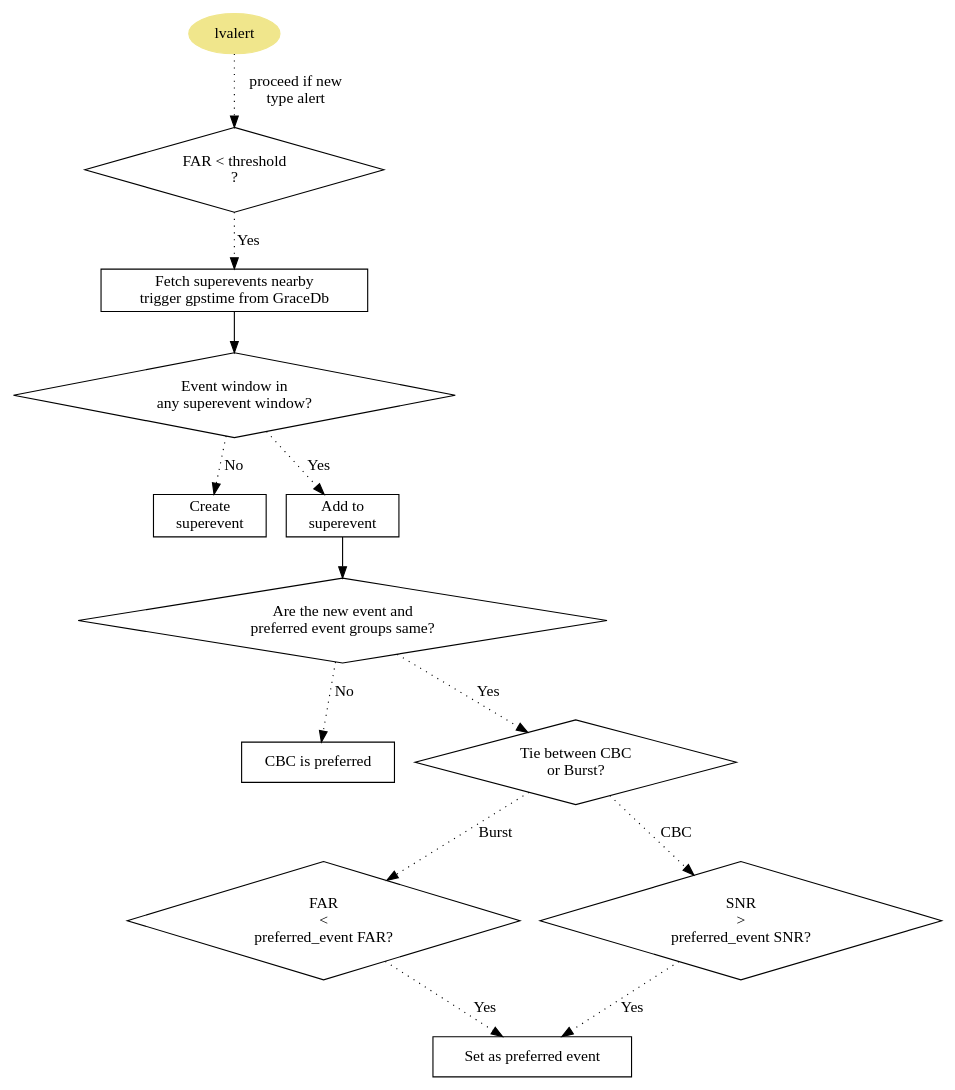
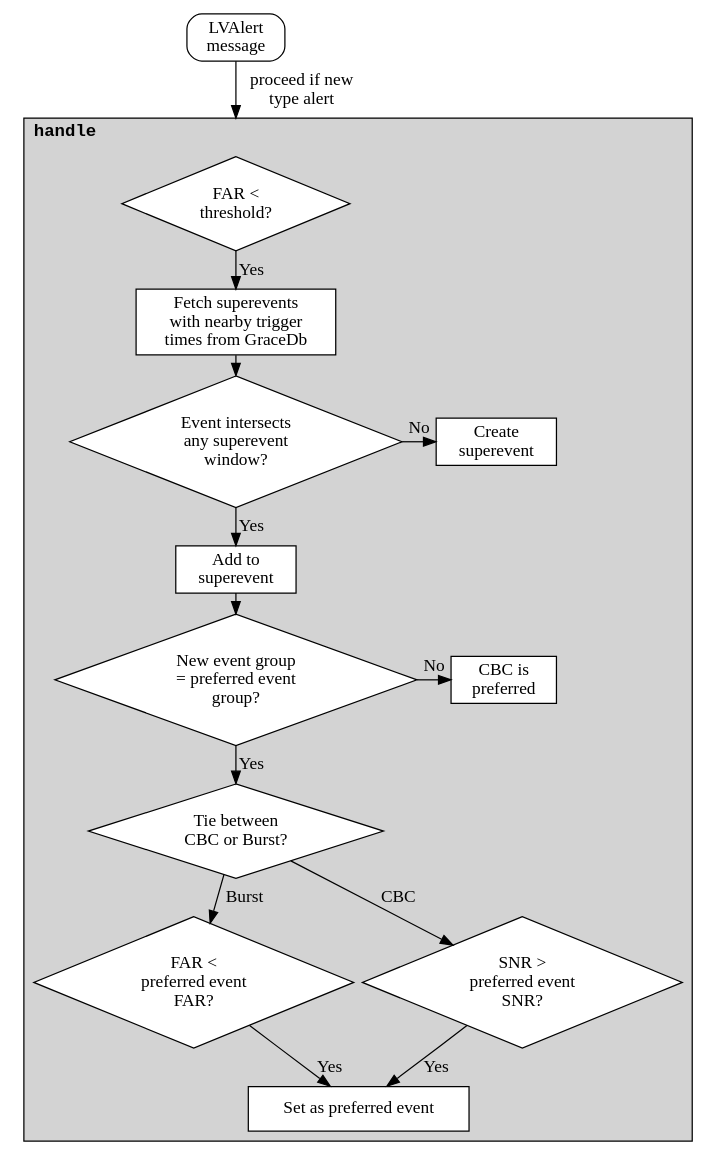
One commit to lpsinger/gwcelery changed the diagram in doc/gwcelery.tasks.superevents.rst. Above: the diagram before and after it, drawn with Graphviz. The commit also changed other lines of this file, not shown here.

Commit message:
Tidy up superevent flow chart
* Add hyperlinks to API docs where relevant
* Show tasks and functions as subgraphs
* Convert rotated boxes to diamonds
* Adjust node ranks to reduce width of graph
* Paraphrase and rewrap node labels to beautify layout
* Use whitespace instead of commas and semicolons to separate
  dot instructions

```diff
--- a/doc/gwcelery.tasks.superevents.rst
+++ b/doc/gwcelery.tasks.superevents.rst
@@ -13,46 +17,100 @@
-.. digraph:: superevent_manager
+.. digraph:: superevents
 
-    size ="12,12";
-    // define the nodes
-    lvalert [shape=ellipse, style=filled, color=khaki];
-    far_check [shape=box, orientation=45,
-               label="FAR < threshold\n ?"]
-    fetch_superevents [shape=box,
-                       label="Fetch superevents nearby \n trigger gpstime from GraceDb"];
-    associated_superevent [shape=box, orientation=45,
-                           label="Event window in \n any superevent window?"];
-    create_superevent [shape=box,
-                       label="Create \n superevent"]
-    add_to_superevent [shape=box,
-                       label="Add to \n superevent"]
-    group_tie [shape=box,
-               label="Are the new event and \n preferred event groups same?",
-               orientation=45]
-    cbc_preferred [shape=box,
-                   label="CBC is preferred"]
-    cbc_burst [shape=box,
-               label="Tie between CBC \n or Burst?", orientation=45]
-    far_tie_breaker [shape=box, orientation=45,
-                     label="FAR \n < \n preferred_event FAR?"]
-    snr_tie_breaker [shape=box, orientation=45,
-                     label="SNR \n > \n preferred_event SNR?"]
-    set_preferred [shape=box,
-                   label="Set as preferred event"]
+    compound = true
+    nodesep = 0.1
+    ranksep = 0.1
 
-    // draw the connections
-    lvalert -> far_check [label="proceed if new \n type alert",
-                          style=dotted];
-    far_check -> fetch_superevents [style=dotted,
-                                    label="Yes"];
-    fetch_superevents -> associated_superevent;
-    associated_superevent -> create_superevent [label="No",
-                                                style=dotted];
-    associated_superevent -> add_to_superevent [label="Yes",
-                                                style=dotted];
-    add_to_superevent -> group_tie;
-    group_tie -> cbc_preferred [label="No", style=dotted];
-    group_tie -> cbc_burst [label="Yes", style=dotted];
-    cbc_burst -> snr_tie_breaker[label="CBC", style=dotted];
-    cbc_burst -> far_tie_breaker[label="Burst", style=dotted];
-    far_tie_breaker -> set_preferred [label="Yes", style=dotted];
-    snr_tie_breaker -> set_preferred [label="Yes", style=dotted];
+    node [
+        fillcolor = white
+        shape = box
+        style = filled
+        target = "_top"
+    ]
+
+    graph [
+        labeljust = "left"
+        style = filled
+        target = "_top"
+    ]
+
+    lvalert [
+        label = "LVAlert\nmessage"
+        style = rounded
+    ]
+
+    subgraph cluster_handle {
+        href = "../gwcelery.tasks.superevents.html#gwcelery.tasks.superevents.handle"
+        label = <<B><FONT face="monospace">handle</FONT></B>>
+
+        far_check [
+            label = "FAR <\nthreshold?"
+            shape = diamond
+        ]
+
+        fetch_superevents [
+            label = "Fetch superevents\nwith nearby trigger\ntimes from GraceDb"
+        ]
+
+        {
+            rank = same
+
+            associated_superevent [
+                label = "Event intersects\nany superevent\nwindow?"
+                shape = diamond
+            ]
+
+            create_superevent [
+                label = "Create\nsuperevent"
+            ]
+        }
+
+        add_to_superevent [
+            label = "Add to\nsuperevent"
+        ]
+
+        {
+            rank = same
+
+            group_tie [
+                label = "New event group\n= preferred event\ngroup?"
+                shape = diamond
+            ]
+
+            cbc_preferred [
+                label = "CBC is\npreferred"
+            ]
+        }
+
+        cbc_burst [
+            label = "Tie between\nCBC or Burst?"
+            shape = diamond
+        ]
+
+        far_tie_breaker [
+            label = "FAR <\npreferred event\nFAR?"
+            shape = diamond
+        ]
+
+        snr_tie_breaker [
+            label = "SNR >\npreferred event\nSNR?"
+            shape = diamond
+        ]
+
+        set_preferred [label = "Set as preferred event"]
+    }
+
+    lvalert -> far_check [
+        label = "proceed if new\ntype alert"
+        lhead = cluster_handle
+    ]
+    far_check -> fetch_superevents [label = Yes]
+    fetch_superevents -> associated_superevent
+    associated_superevent -> create_superevent [label = No]
+    associated_superevent -> add_to_superevent [label = Yes]
+    add_to_superevent -> group_tie
+    group_tie -> cbc_preferred [label = No]
+    group_tie -> cbc_burst [label = Yes]
+    cbc_burst -> snr_tie_breaker [label = CBC]
+    cbc_burst -> far_tie_breaker [label = Burst]
+    far_tie_breaker -> set_preferred [label = Yes]
+    snr_tie_breaker -> set_preferred [label = Yes]
```
